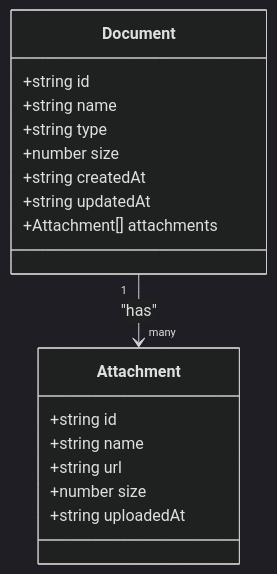
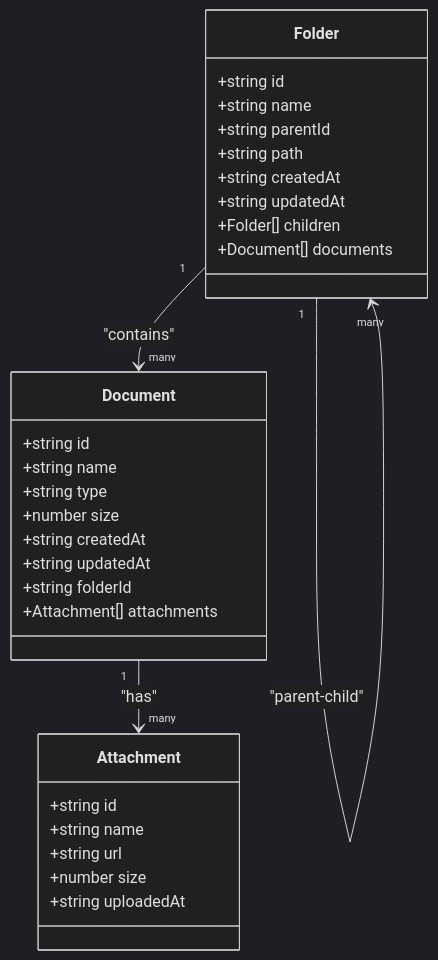
The third of 8 diagrams in .qoder/repowiki/en/content/Data Management Modules/Document Management.md (ngothanhtung/claude-code-shadcn-dashboard), drawn with Mermaid (dark theme) before and after one commit. The commit also changed other lines of this file and 112 other files, not shown here.

````diff
--- a/.qoder/repowiki/en/content/Data Management Modules/Document Management.md
+++ b/.qoder/repowiki/en/content/Data Management Modules/Document Management.md
@@ -178,20 +185,33 @@
 ```mermaid
 classDiagram
 class Document {
 +string id
 +string name
 +string type
 +number size
 +string createdAt
 +string updatedAt
++string folderId
 +Attachment[] attachments
 }
 class Attachment {
 +string id
 +string name
 +string url
 +number size
 +string uploadedAt
 }
+class Folder {
++string id
++string name
++string parentId
++string path
++string createdAt
++string updatedAt
++Folder[] children
++Document[] documents
+}
 Document "1" --> "many" Attachment : "has"
+Folder "1" --> "many" Document : "contains"
+Folder "1" --> "many" Folder : "parent-child"
 ```
````
